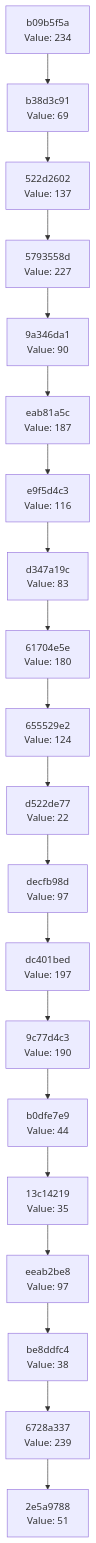
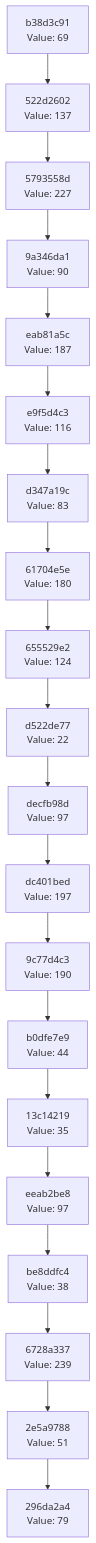
The diagram in docs/CHAIN_VISUALIZATION.md (Abhisheksinha1506/hash-chain-evolver), drawn with Mermaid before and after one commit. The commit also changed 2 other files, not shown here.

Commit message:
Evolution Step

````diff
--- a/docs/CHAIN_VISUALIZATION.md
+++ b/docs/CHAIN_VISUALIZATION.md
@@ -3,42 +3,42 @@
 ```mermaid
 graph TD
-    C0["2e5a9788<br/>Value: 51"]
-    C1["6728a337<br/>Value: 239"]
+    C0["296da2a4<br/>Value: 79"]
+    C1["2e5a9788<br/>Value: 51"]
     C1 --> C0
-    C2["be8ddfc4<br/>Value: 38"]
+    C2["6728a337<br/>Value: 239"]
     C2 --> C1
-    C3["eeab2be8<br/>Value: 97"]
+    C3["be8ddfc4<br/>Value: 38"]
     C3 --> C2
-    C4["13c14219<br/>Value: 35"]
+    C4["eeab2be8<br/>Value: 97"]
     C4 --> C3
-    C5["b0dfe7e9<br/>Value: 44"]
+    C5["13c14219<br/>Value: 35"]
     C5 --> C4
-    C6["9c77d4c3<br/>Value: 190"]
+    C6["b0dfe7e9<br/>Value: 44"]
     C6 --> C5
-    C7["dc401bed<br/>Value: 197"]
+    C7["9c77d4c3<br/>Value: 190"]
     C7 --> C6
-    C8["decfb98d<br/>Value: 97"]
+    C8["dc401bed<br/>Value: 197"]
     C8 --> C7
-    C9["d522de77<br/>Value: 22"]
+    C9["decfb98d<br/>Value: 97"]
     C9 --> C8
-    C10["655529e2<br/>Value: 124"]
+    C10["d522de77<br/>Value: 22"]
     C10 --> C9
-    C11["61704e5e<br/>Value: 180"]
+    C11["655529e2<br/>Value: 124"]
     C11 --> C10
-    C12["d347a19c<br/>Value: 83"]
+    C12["61704e5e<br/>Value: 180"]
     C12 --> C11
-    C13["e9f5d4c3<br/>Value: 116"]
+    C13["d347a19c<br/>Value: 83"]
     C13 --> C12
-    C14["eab81a5c<br/>Value: 187"]
+    C14["e9f5d4c3<br/>Value: 116"]
     C14 --> C13
-    C15["9a346da1<br/>Value: 90"]
+    C15["eab81a5c<br/>Value: 187"]
     C15 --> C14
-    C16["5793558d<br/>Value: 227"]
+    C16["9a346da1<br/>Value: 90"]
     C16 --> C15
-    C17["522d2602<br/>Value: 137"]
+    C17["5793558d<br/>Value: 227"]
     C17 --> C16
-    C18["b38d3c91<br/>Value: 69"]
+    C18["522d2602<br/>Value: 137"]
     C18 --> C17
-    C19["b09b5f5a<br/>Value: 234"]
+    C19["b38d3c91<br/>Value: 69"]
     C19 --> C18
 ```
````
